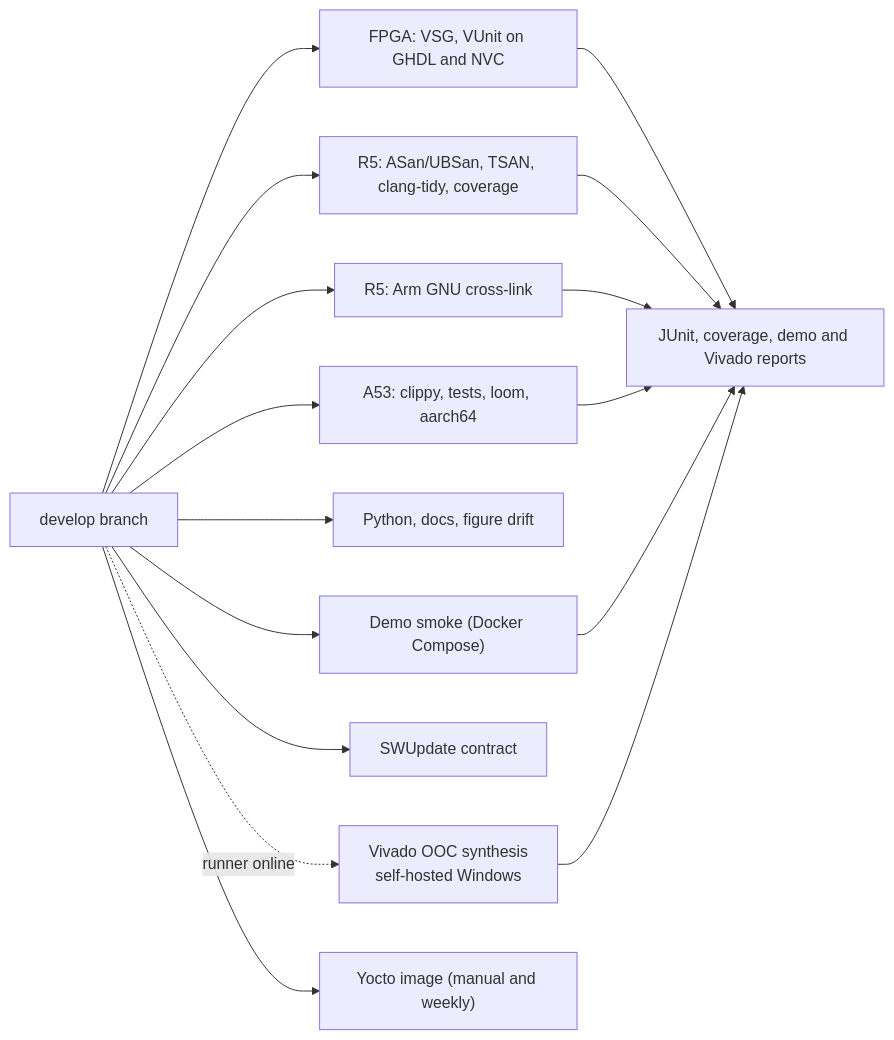
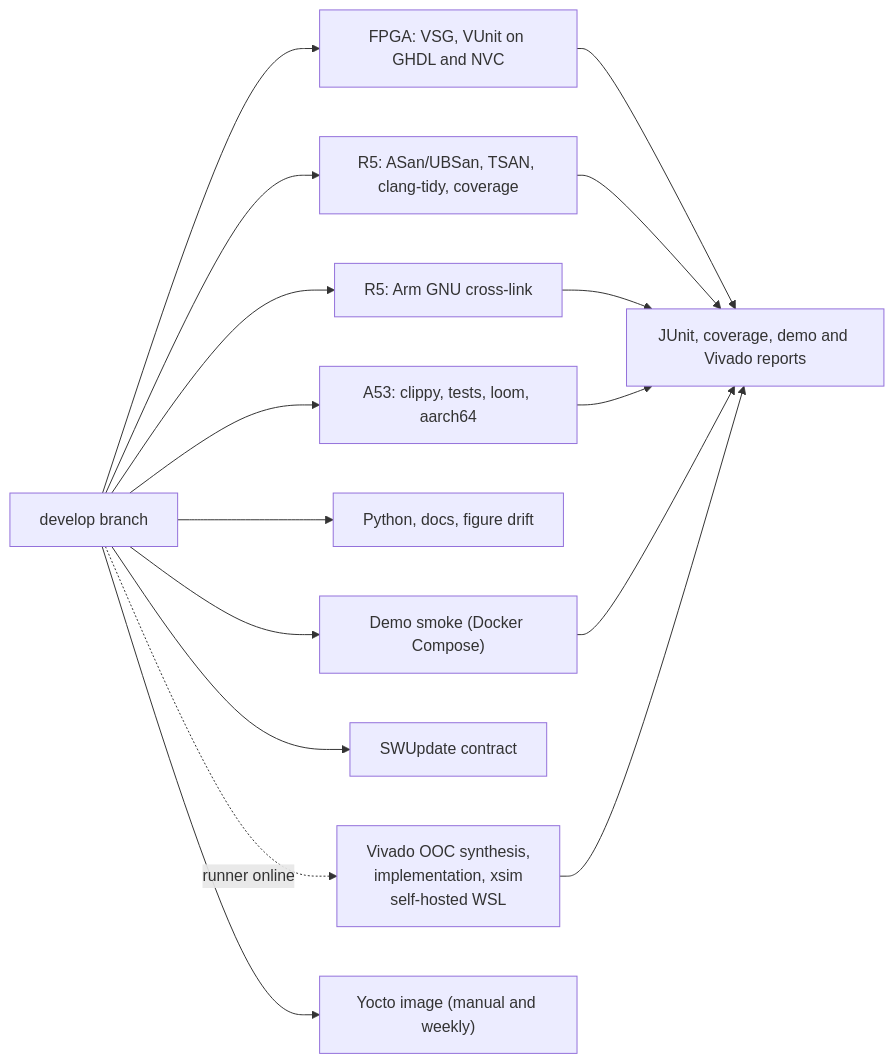
Before and after one commit to ps-chong/hft-toy-project: the diagram in docs/architecture/build-ci.md, drawn with Mermaid. The commit also changed other lines of this file and 16 other files, not shown here.

First line of the commit message:
docs: the WSL checkout and scripts/linux next to the Windows workflow

````diff
--- a/docs/architecture/build-ci.md
+++ b/docs/architecture/build-ci.md
@@ -5,18 +5,18 @@
 ```mermaid
 flowchart LR
     Source["develop branch"] --> FPGA["FPGA: VSG, VUnit on GHDL and NVC"]
     Source --> R5Host["R5: ASan/UBSan, TSAN, clang-tidy, coverage"]
     Source --> R5Cross["R5: Arm GNU cross-link"]
     Source --> Rust["A53: clippy, tests, loom, aarch64"]
     Source --> Quality["Python, docs, figure drift"]
     Source --> Demo["Demo smoke (Docker Compose)"]
     Source --> SWU["SWUpdate contract"]
-    Source -.->|"runner online"| Vivado["Vivado OOC synthesis<br/>self-hosted Windows"]
+    Source -.->|"runner online"| Vivado["Vivado OOC synthesis,<br/>implementation, xsim<br/>self-hosted WSL"]
     Source --> Yocto["Yocto image (manual and weekly)"]
     FPGA --> Reports["JUnit, coverage, demo and Vivado reports"]
     R5Host --> Reports
     R5Cross --> Reports
     Rust --> Reports
     Demo --> Reports
     Vivado --> Reports
 ```
````
